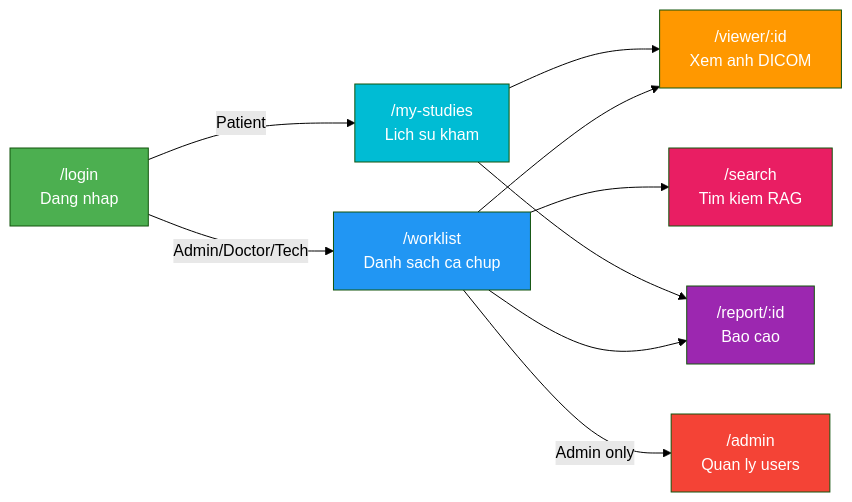
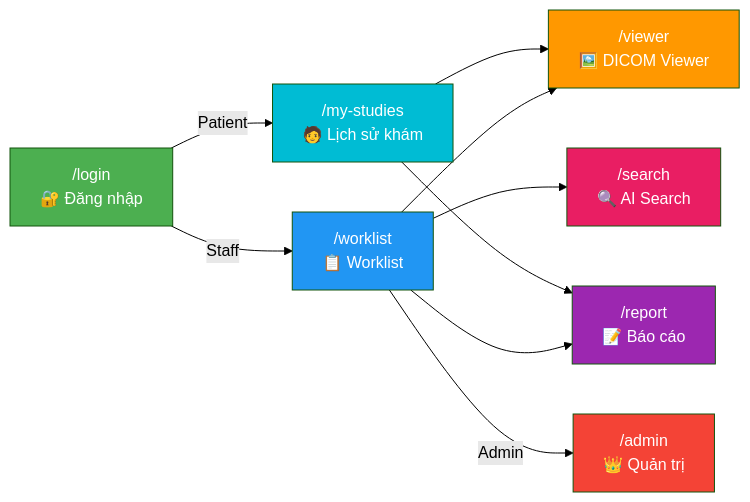
One commit to HoangDLongg/pacs-long changed the fourth of 4 diagrams in README.md. Above: the diagram before and after it, drawn with Mermaid (forest theme). The commit also changed other lines of this file and 10 other files, not shown here.

````diff
--- a/README.md
+++ b/README.md
@@ -275,22 +275,21 @@
 ```mermaid
 graph LR
-    LOGIN["/login<br/>Dang nhap"] --> |Admin/Doctor/Tech| WORKLIST["/worklist<br/>Danh sach ca chup"]
-    LOGIN --> |Patient| MYSTUDIES["/my-studies<br/>Lich su kham"]
+    LOGIN["/login<br/>🔐 Đăng nhập"] -->|Staff| WORKLIST["/worklist<br/>📋 Worklist"]
+    LOGIN -->|Patient| MYSTUDIES["/my-studies<br/>🧑 Lịch sử khám"]
 
-    WORKLIST --> VIEWER["/viewer/:id<br/>Xem anh DICOM"]
-    WORKLIST --> REPORT["/report/:id<br/>Bao cao"]
-    WORKLIST --> SEARCH["/search<br/>Tim kiem RAG"]
+    WORKLIST --> VIEWER["/viewer<br/>🖼️ DICOM Viewer"]
+    WORKLIST --> REPORT["/report<br/>📝 Báo cáo"]
+    WORKLIST --> SEARCH["/search<br/>🔍 AI Search"]
+    WORKLIST -->|Admin| ADMIN["/admin<br/>👑 Quản trị"]
 
     MYSTUDIES --> VIEWER
     MYSTUDIES --> REPORT
-
-    WORKLIST --> |Admin only| ADMIN["/admin<br/>Quan ly users"]
 
     style LOGIN fill:#4CAF50,color:#fff
     style WORKLIST fill:#2196F3,color:#fff
     style VIEWER fill:#FF9800,color:#fff
     style REPORT fill:#9C27B0,color:#fff
     style SEARCH fill:#E91E63,color:#fff
     style MYSTUDIES fill:#00BCD4,color:#fff
     style ADMIN fill:#F44336,color:#fff
 ```
````
